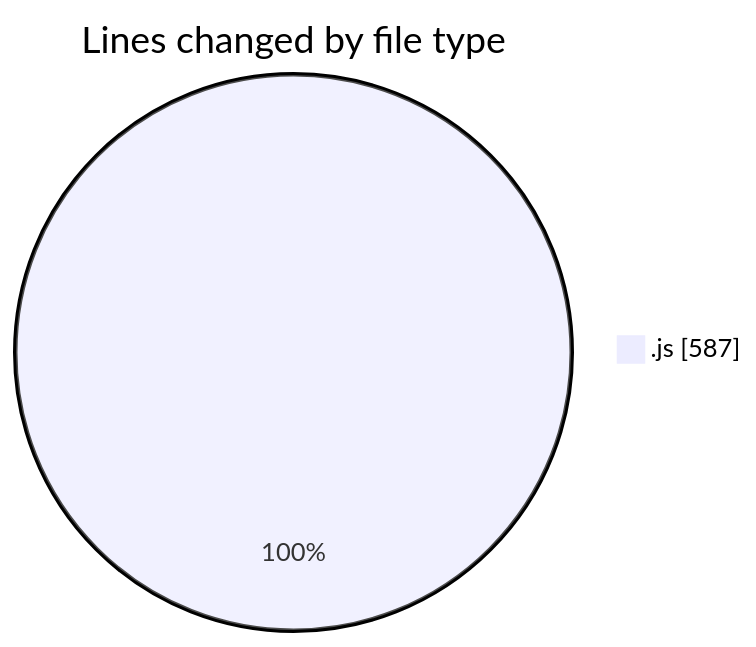
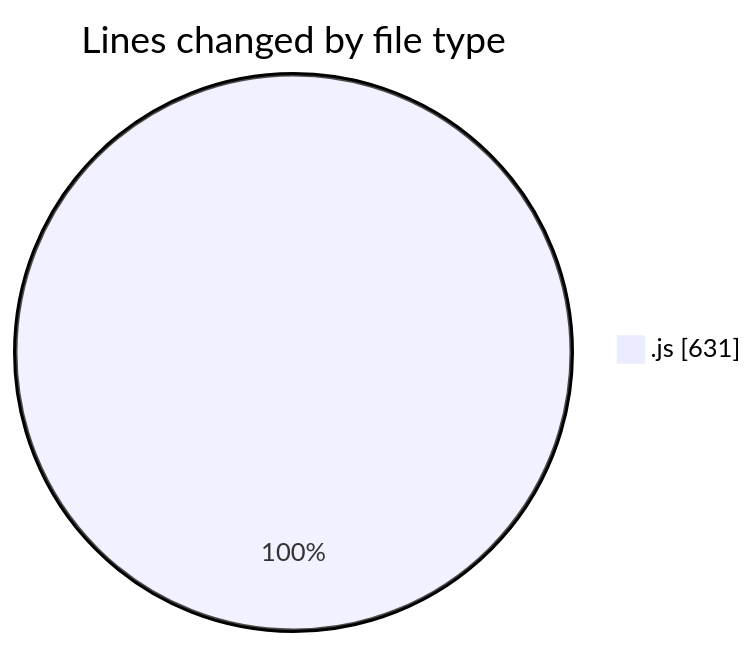
One commit to momahboobian/code-tracking changed the first of 2 diagrams in 2025-02-04/cda/README.md. Above: the diagram before and after it, drawn with Mermaid. The commit also changed other lines of this file and 1 other file, not shown here.

````diff
--- a/2025-02-04/cda/README.md
+++ b/2025-02-04/cda/README.md
@@ -22,5 +22,5 @@
 ```mermaid
 pie showData
 title Lines changed by file type
-".js" : 587
+".js" : 631
 ```
````
